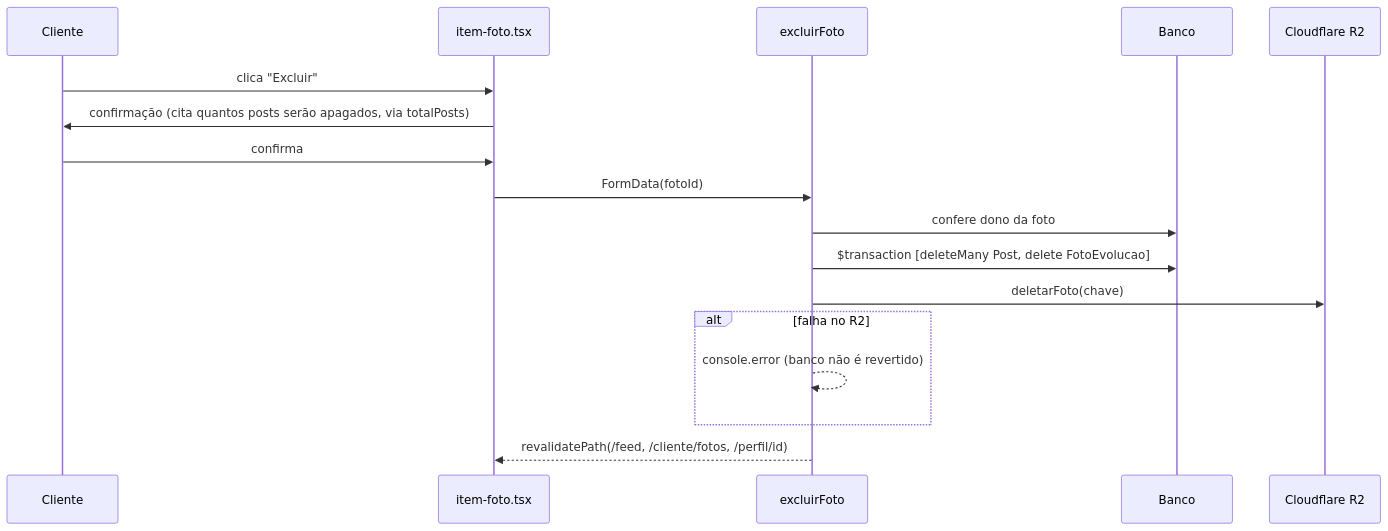
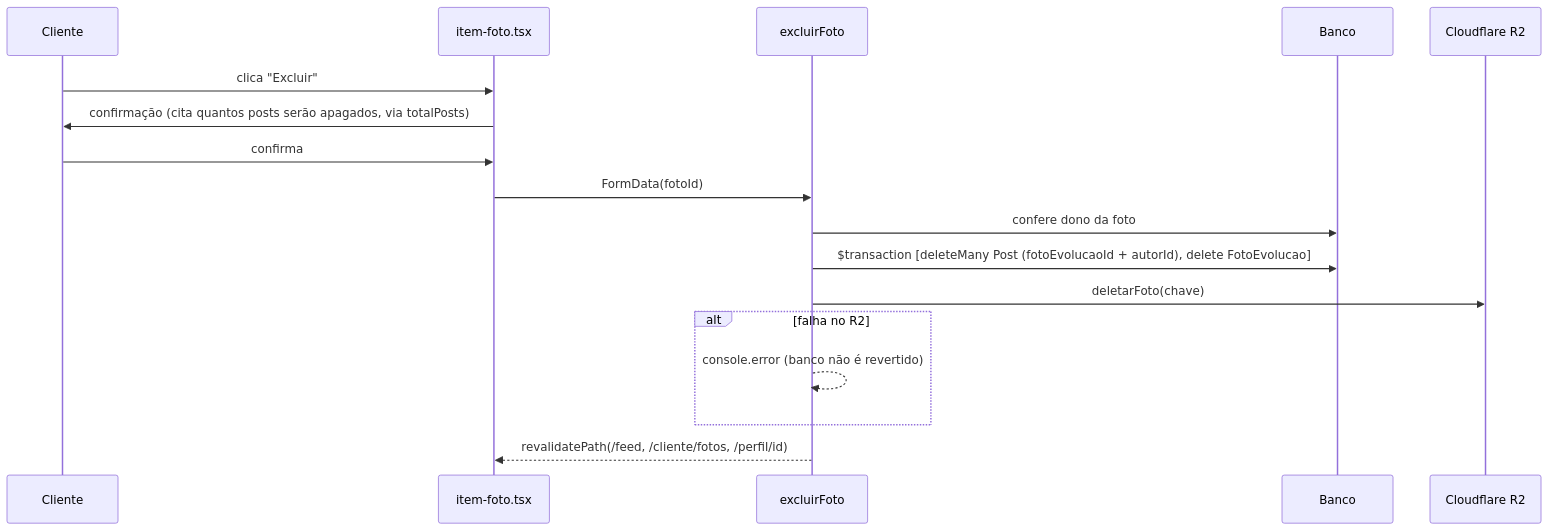
Before and after one commit to Willsmt/comunidade-belle-et-belle: the second of 2 diagrams in docs/features/perfil.md, drawn with Mermaid. The commit also changed other lines of this file and 5 other files, not shown here.

````diff
--- a/docs/features/perfil.md
+++ b/docs/features/perfil.md
@@ -87,20 +90,20 @@
 ```mermaid
 sequenceDiagram
     participant C as Cliente
     participant UI as item-foto.tsx
     participant A as excluirFoto
     participant DB as Banco
     participant R2 as Cloudflare R2
 
     C->>UI: clica "Excluir"
     UI->>C: confirmação (cita quantos posts serão apagados, via totalPosts)
     C->>UI: confirma
     UI->>A: FormData(fotoId)
     A->>DB: confere dono da foto
-    A->>DB: $transaction [deleteMany Post, delete FotoEvolucao]
+    A->>DB: $transaction [deleteMany Post (fotoEvolucaoId + autorId), delete FotoEvolucao]
     A->>R2: deletarFoto(chave)
     alt falha no R2
         A-->>A: console.error (banco não é revertido)
     end
     A-->>UI: revalidatePath(/feed, /cliente/fotos, /perfil/id)
 ```
````
